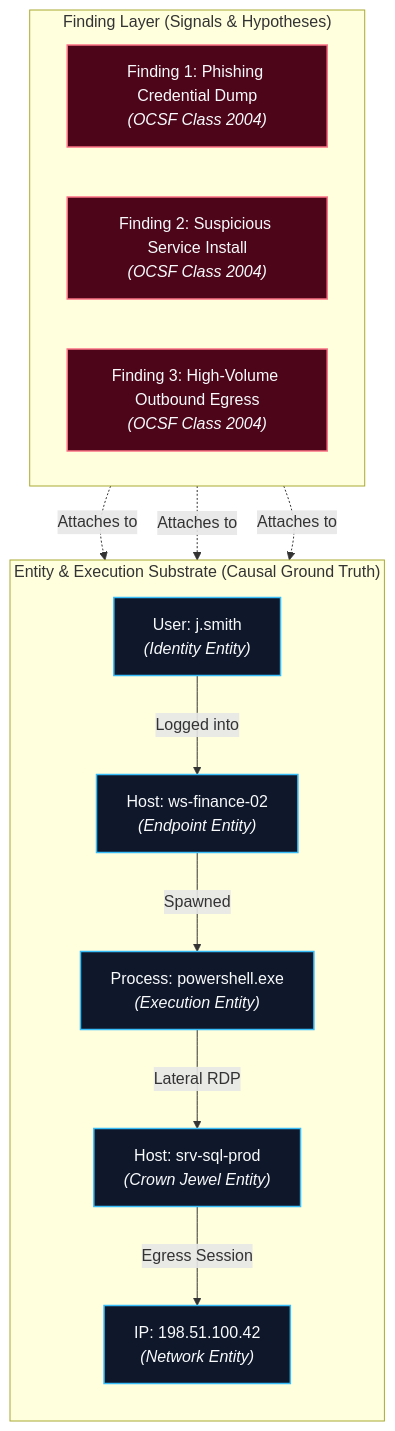
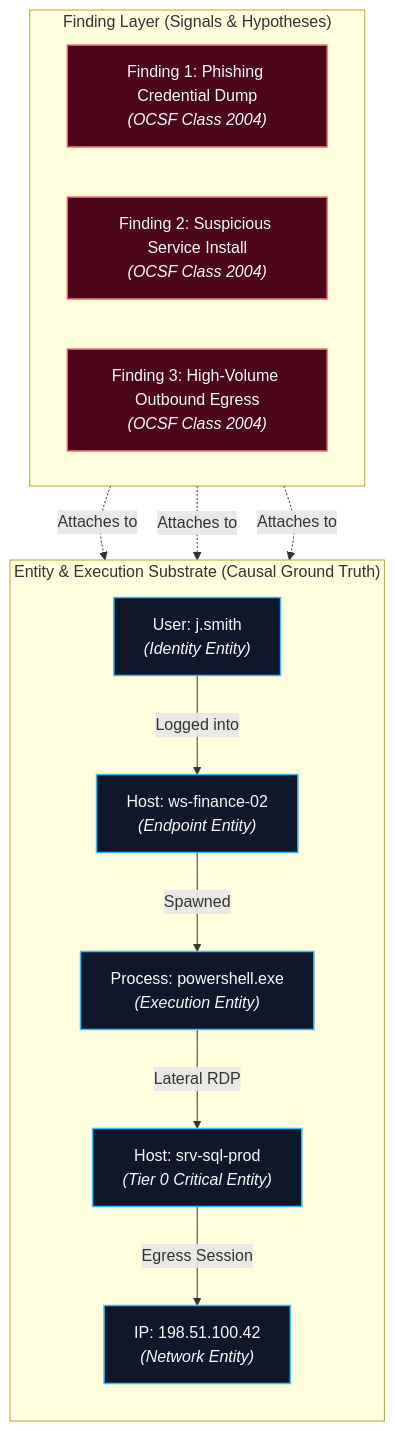
Before and after one commit to Haribu/TIDIR: the diagram in docs/adr/0011-bipartite-entity-finding-graph-consolidation.md, drawn with Mermaid. The commit also changed other lines of this file and 44 other files, not shown here.

Commit message:
feat: enterprise adoption roadmap, reference stacks, persona journeys, and editorial quality enhancements (v1.14.0)

````diff
--- a/docs/adr/0011-bipartite-entity-finding-graph-consolidation.md
+++ b/docs/adr/0011-bipartite-entity-finding-graph-consolidation.md
@@ -44,32 +44,32 @@
 ```mermaid
 flowchart TB
     subgraph FINDINGS ["Finding Layer (Signals & Hypotheses)"]
         direction LR
         F1["Finding 1: Phishing Credential Dump<br><i>(OCSF Class 2004)</i>"]
         F2["Finding 2: Suspicious Service Install<br><i>(OCSF Class 2004)</i>"]
         F3["Finding 3: High-Volume Outbound Egress<br><i>(OCSF Class 2004)</i>"]
     end
 
     subgraph ENTITIES ["Entity & Execution Substrate (Causal Ground Truth)"]
         direction TB
         E_USER["User: j.smith<br><i>(Identity Entity)</i>"]
         E_HOST1["Host: ws-finance-02<br><i>(Endpoint Entity)</i>"]
         E_PROC["Process: powershell.exe<br><i>(Execution Entity)</i>"]
-        E_HOST2["Host: srv-sql-prod<br><i>(Crown Jewel Entity)</i>"]
+        E_HOST2["Host: srv-sql-prod<br><i>(Tier 0 Critical Entity)</i>"]
         E_EXT["IP: 198.51.100.42<br><i>(Network Entity)</i>"]
 
         E_USER -->|"Logged into"| E_HOST1
         E_HOST1 -->|"Spawned"| E_PROC
         E_PROC -->|"Lateral RDP"| E_HOST2
         E_HOST2 -->|"Egress Session"| E_EXT
     end
 
     F1 -.->|"Attaches to"| E_USER
     F2 -.->|"Attaches to"| E_HOST2
     F3 -.->|"Attaches to"| E_EXT
 
     classDef finding fill:#4c0519,stroke:#fb7185,stroke-width:1.5px,color:#f8fafc;
     classDef entity fill:#0f172a,stroke:#38bdf8,stroke-width:1.5px,color:#f8fafc;
     class F1,F2,F3 finding;
     class E_USER,E_HOST1,E_PROC,E_HOST2,E_EXT entity;
 ```
````
